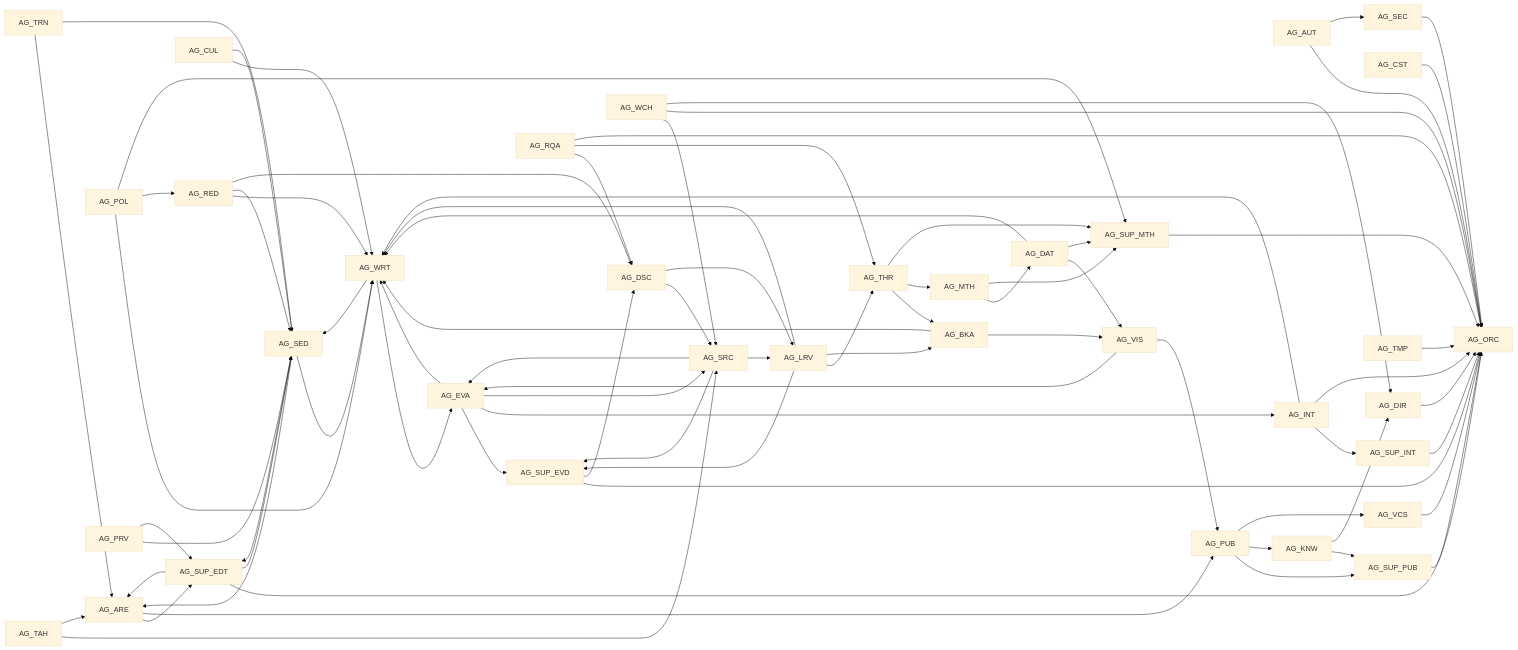
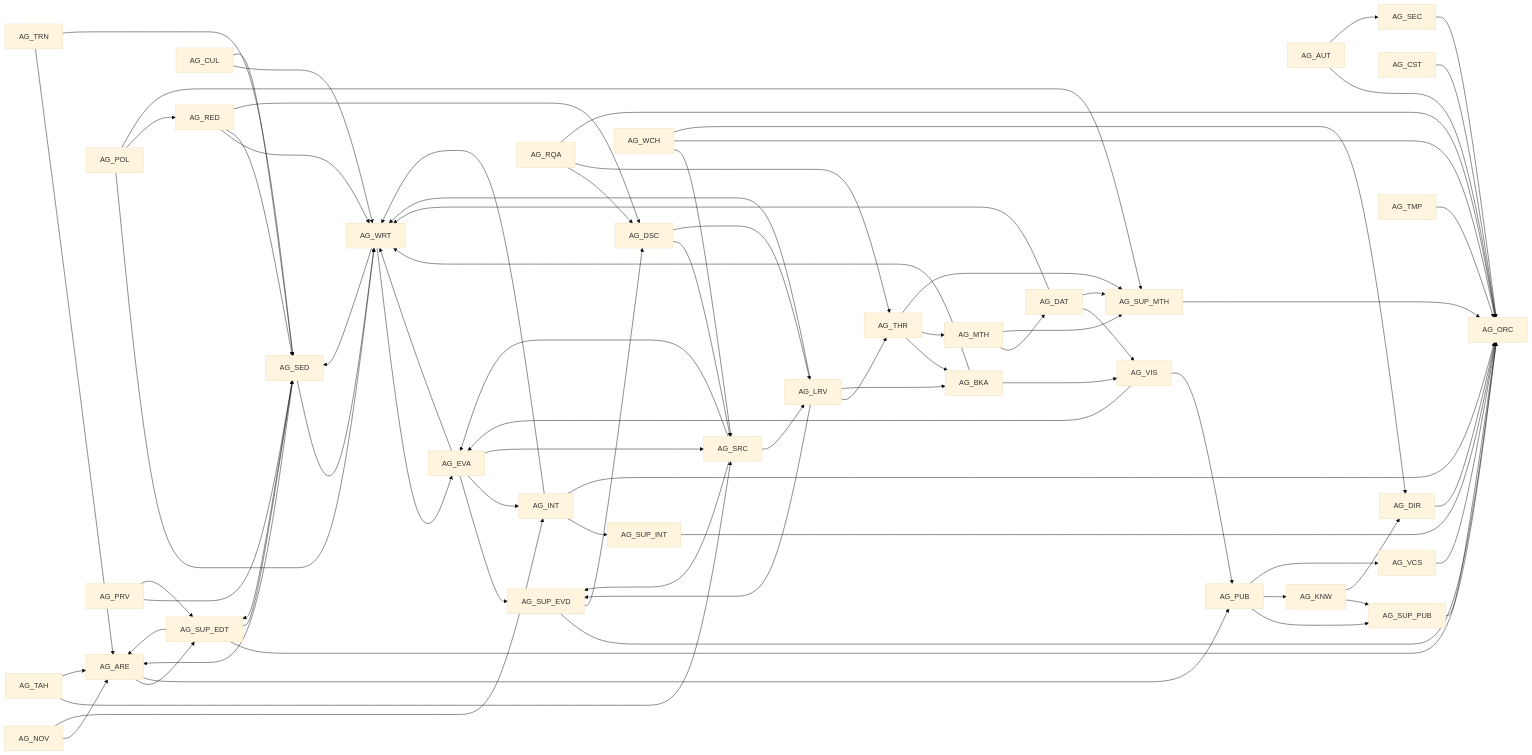
One commit to 7r425ypz9t-hue/researchdepart changed the diagram in documentation/phase-2/handoff-matrix.md. Above: the diagram before and after it, drawn with Mermaid (base theme). The commit also changed other lines of this file and 49 other files, not shown here.

````diff
--- a/documentation/phase-2/handoff-matrix.md
+++ b/documentation/phase-2/handoff-matrix.md
@@ -44,78 +45,80 @@
 ```mermaid
 flowchart LR
   AG_ARE --> AG_SUP_EDT
   AG_ARE --> AG_PUB
   AG_AUT --> AG_ORC
   AG_AUT --> AG_SEC
   AG_BKA --> AG_WRT
   AG_BKA --> AG_VIS
   AG_CST --> AG_ORC
   AG_CUL --> AG_WRT
   AG_CUL --> AG_SED
   AG_DAT --> AG_VIS
   AG_DAT --> AG_SUP_MTH
   AG_DAT --> AG_WRT
   AG_DIR --> AG_ORC
   AG_DSC --> AG_SRC
   AG_DSC --> AG_LRV
   AG_EVA --> AG_WRT
   AG_EVA --> AG_SUP_EVD
   AG_EVA --> AG_INT
   AG_EVA --> AG_SRC
   AG_INT --> AG_SUP_INT
   AG_INT --> AG_WRT
   AG_INT --> AG_ORC
   AG_KNW --> AG_SUP_PUB
   AG_KNW --> AG_DIR
   AG_LRV --> AG_THR
   AG_LRV --> AG_BKA
   AG_LRV --> AG_SUP_EVD
   AG_LRV --> AG_WRT
   AG_MTH --> AG_DAT
   AG_MTH --> AG_SUP_MTH
+  AG_NOV --> AG_ARE
+  AG_NOV --> AG_INT
   AG_POL --> AG_WRT
   AG_POL --> AG_RED
   AG_POL --> AG_SUP_MTH
   AG_PRV --> AG_SED
   AG_PRV --> AG_SUP_EDT
   AG_PUB --> AG_SUP_PUB
   AG_PUB --> AG_KNW
   AG_PUB --> AG_VCS
   AG_RED --> AG_WRT
   AG_RED --> AG_SED
   AG_RED --> AG_DSC
   AG_RQA --> AG_DSC
   AG_RQA --> AG_THR
   AG_RQA --> AG_ORC
   AG_SEC --> AG_ORC
   AG_SED --> AG_ARE
   AG_SED --> AG_WRT
   AG_SED --> AG_SUP_EDT
   AG_SRC --> AG_LRV
   AG_SRC --> AG_EVA
   AG_SRC --> AG_SUP_EVD
   AG_SUP_EDT --> AG_ORC
   AG_SUP_EDT --> AG_SED
   AG_SUP_EDT --> AG_ARE
   AG_SUP_EVD --> AG_ORC
   AG_SUP_EVD --> AG_DSC
   AG_SUP_INT --> AG_ORC
   AG_SUP_MTH --> AG_ORC
   AG_SUP_PUB --> AG_ORC
   AG_TAH --> AG_SRC
   AG_TAH --> AG_ARE
   AG_THR --> AG_BKA
   AG_THR --> AG_MTH
   AG_THR --> AG_SUP_MTH
   AG_TMP --> AG_ORC
   AG_TRN --> AG_ARE
   AG_TRN --> AG_SED
   AG_VCS --> AG_ORC
   AG_VIS --> AG_PUB
   AG_VIS --> AG_EVA
   AG_WCH --> AG_SRC
   AG_WCH --> AG_ORC
   AG_WCH --> AG_DIR
   AG_WRT --> AG_EVA
   AG_WRT --> AG_SED
 ```
````
